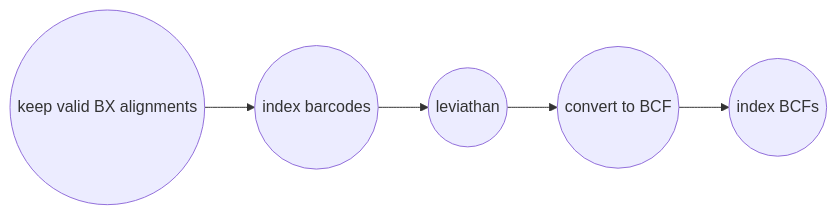
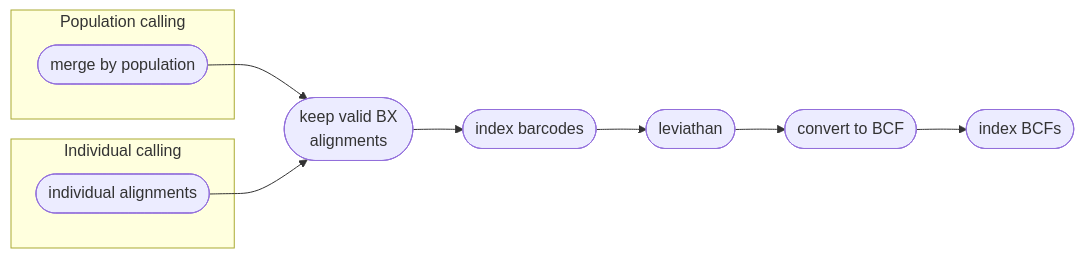
Before and after one commit to pdimens/harpy: the second of 2 diagrams in Modules/variantcalling.md, drawn with Mermaid. The commit also changed other lines of this file and 4 other files, not shown here.

````diff
--- a/Modules/variantcalling.md
+++ b/Modules/variantcalling.md
@@ -74,7 +95,15 @@
 ```mermaid
 graph LR
-    Z((keep valid BX alignments))-->A
-    A((index barcodes)) --> B((leviathan))
-    B-->C((convert to BCF))
-    C-->D((index BCFs))
+    subgraph Population calling
+    popsplit([merge by population])
+    end
+    subgraph Individual calling
+    bams([individual alignments])
+    end
+    popsplit-->Z
+    bams-->Z
+    Z([keep valid BX </br> alignments])-->A
+    A([index barcodes]) --> B([leviathan])
+    B-->C([convert to BCF])
+    C-->D([index BCFs])
 ```
````
